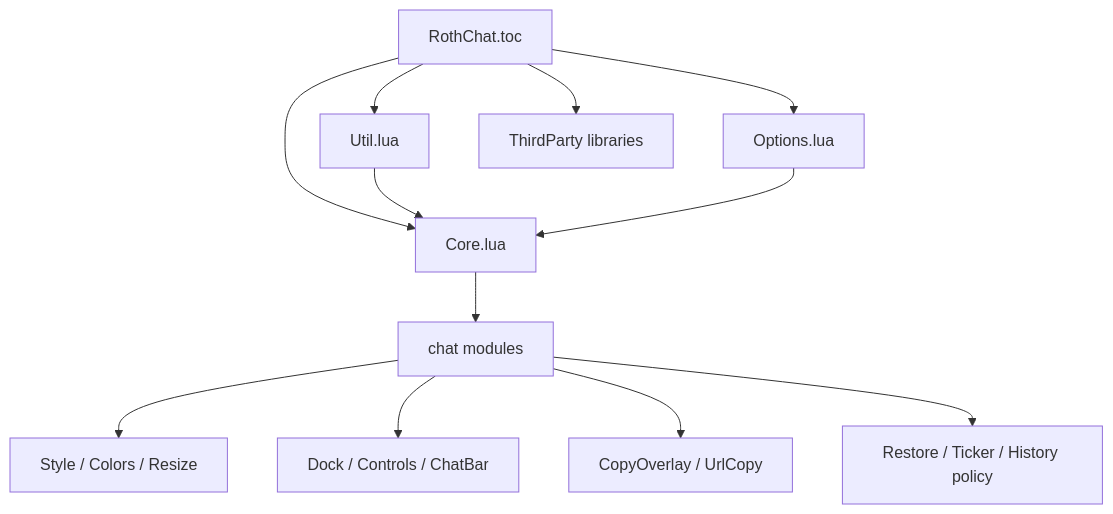
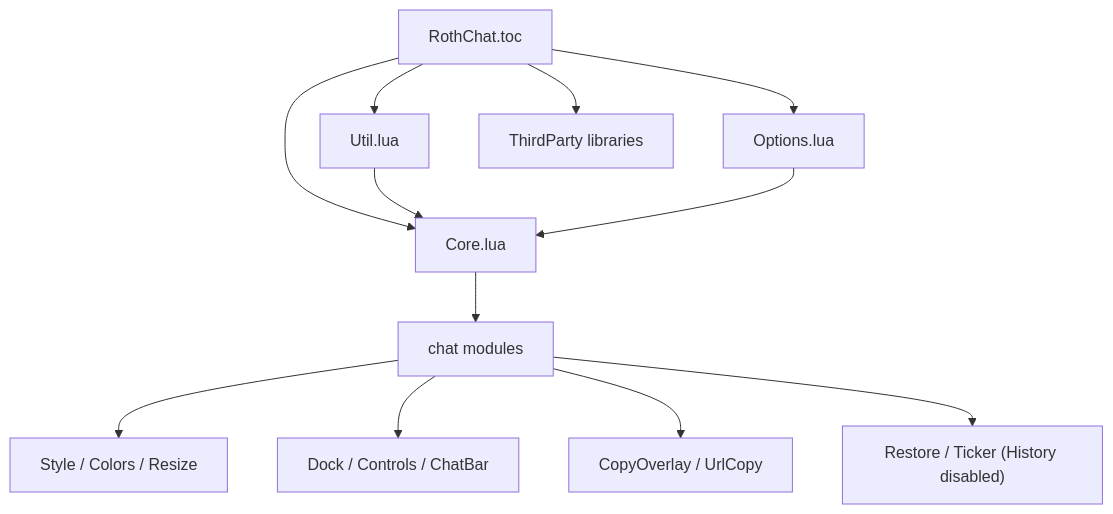
Before and after one commit to UnknownAlienHuman/roth-chat: the diagram in CODE_GRAPH.md, drawn with Mermaid. The commit also changed 2 other files, not shown here.

Commit message:
Publish Roth Chat from WoWDevAddons e27683052380

````diff
--- a/CODE_GRAPH.md
+++ b/CODE_GRAPH.md
@@ -3,14 +3,14 @@
 ```mermaid
 flowchart TD
   T["RothChat.toc"] --> U["Util.lua"]
   T --> C["Core.lua"]
   U --> C
   C --> M["chat modules"]
   M --> S["Style / Colors / Resize"]
   M --> I["Dock / Controls / ChatBar"]
   M --> X["CopyOverlay / UrlCopy"]
-  M --> R["Restore / Ticker / History policy"]
+  M --> R["Restore / Ticker (History disabled)"]
   T --> O["Options.lua"]
   O --> C
   T --> L["ThirdParty libraries"]
 ```
````
